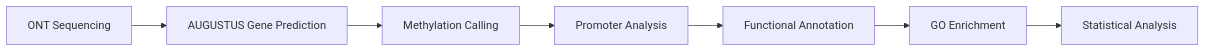
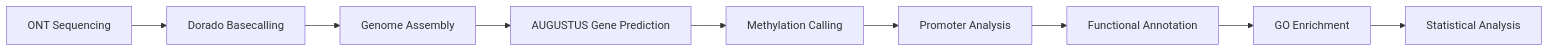
Before and after one commit to Koutsa866/Synalpheus-Methylation-Comparative-Analysis: the diagram in README.md, drawn with Mermaid. The commit also changed other lines of this file, not shown here.

Commit message:
Add Dorado basecalling to methods pipeline

````diff
--- a/README.md
+++ b/README.md
@@ -65,9 +65,11 @@
 ```mermaid
 graph LR
-    A[ONT Sequencing] --> B[AUGUSTUS Gene Prediction]
-    B --> C[Methylation Calling]
-    C --> D[Promoter Analysis]
-    D --> E[Functional Annotation]
-    E --> F[GO Enrichment]
-    F --> G[Statistical Analysis]
+    A[ONT Sequencing] --> B[Dorado Basecalling]
+    B --> C[Genome Assembly]
+    C --> D[AUGUSTUS Gene Prediction]
+    D --> E[Methylation Calling]
+    E --> F[Promoter Analysis]
+    F --> G[Functional Annotation]
+    G --> H[GO Enrichment]
+    H --> I[Statistical Analysis]
 ```
````
